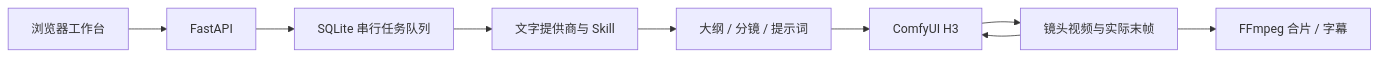
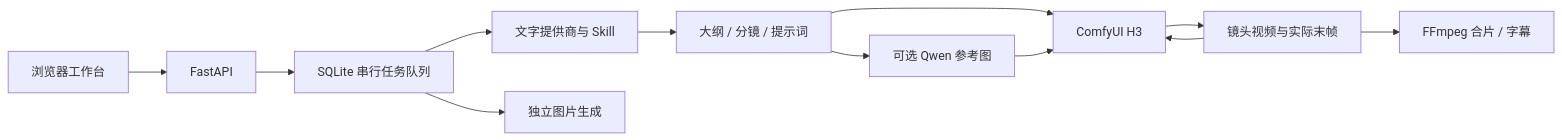
Before and after one commit to estel-li/short-drama-factory: the diagram in README.md, drawn with Mermaid. The commit also changed other lines of this file and 53 other files, not shown here.

Commit message:
feat: 新增 Qwen 图片工作室与项目参考图工作流

````diff
--- a/README.md
+++ b/README.md
@@ -115,11 +119,14 @@
 ```mermaid
 flowchart LR
     A[浏览器工作台] --> B[FastAPI]
     B --> C[SQLite 串行任务队列]
     C --> D[文字提供商与 Skill]
     D --> E[大纲 / 分镜 / 提示词]
     E --> F[ComfyUI H3]
+    E --> I[可选 Qwen 参考图]
+    I --> F
+    C --> J[独立图片生成]
     F --> G[镜头视频与实际末帧]
     G --> F
     G --> H[FFmpeg 合片 / 字幕]
 ```
````
